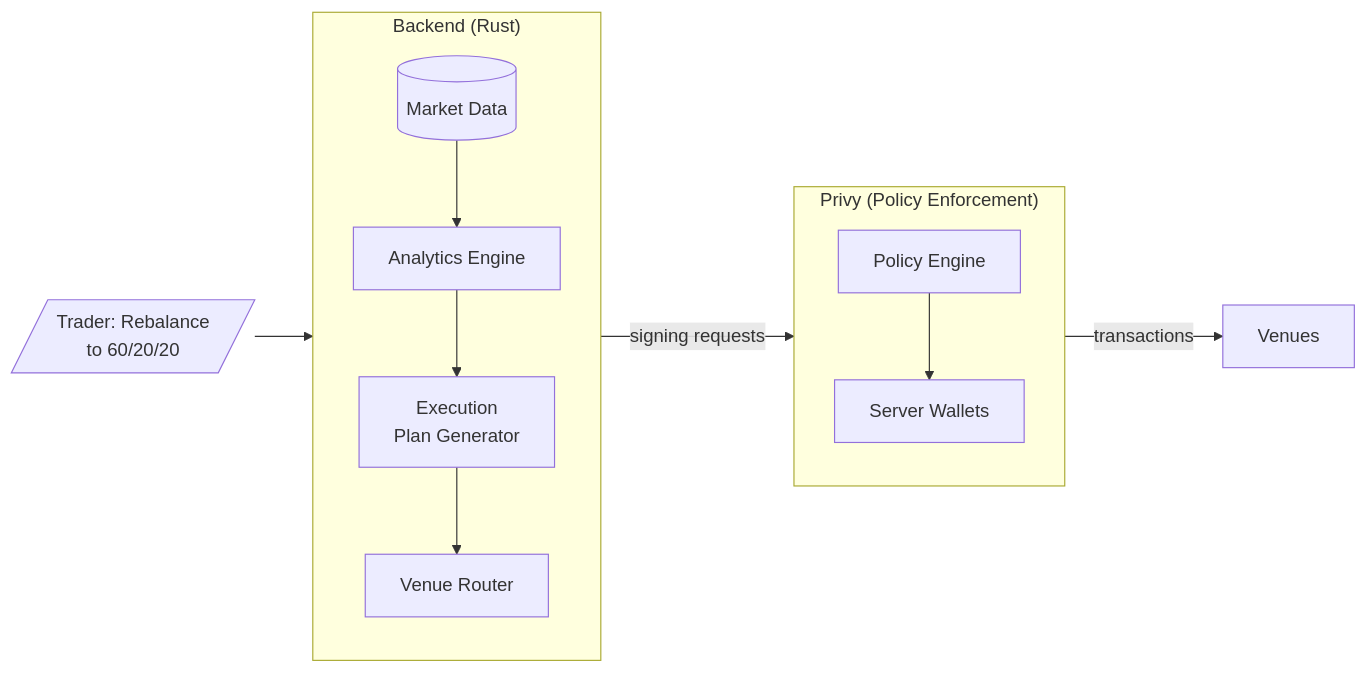
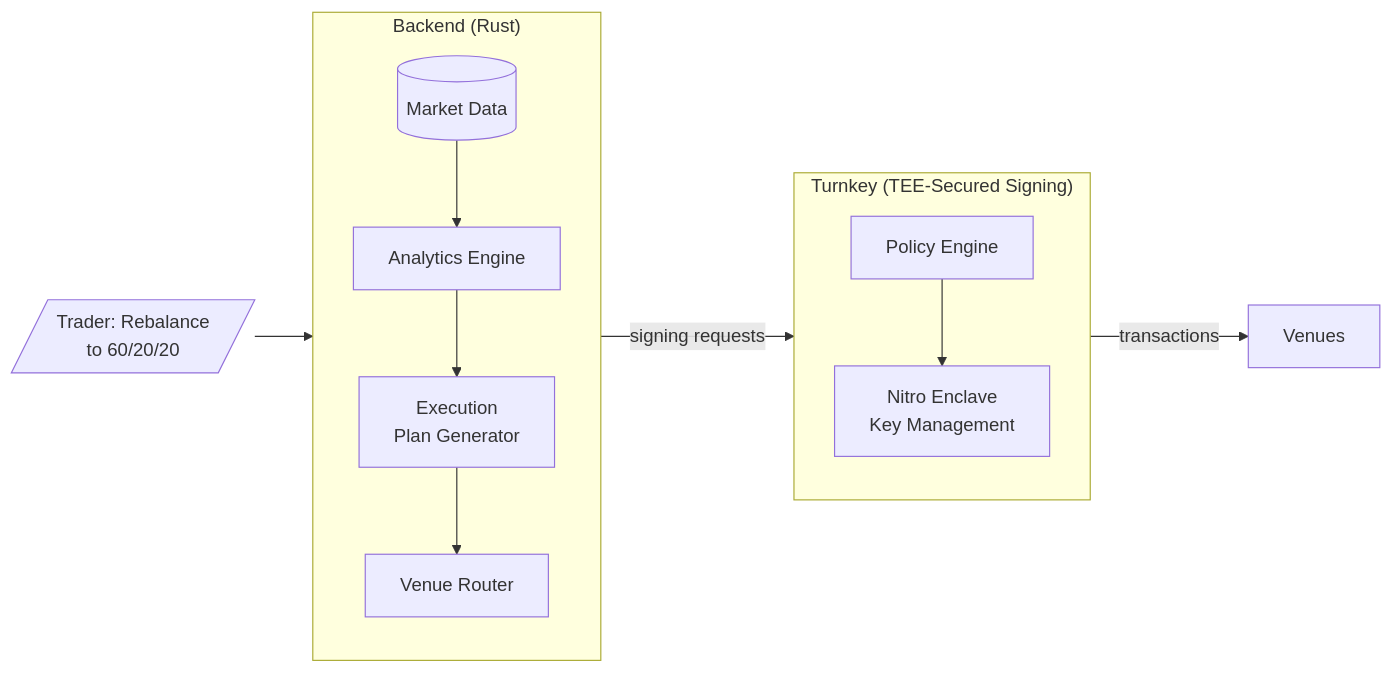
Before and after one commit to dataclique/moneymentum: the first of 2 diagrams in SPEC.md, drawn with Mermaid. The commit also changed other lines of this file, not shown here.

Commit message:
replace Privy with Turnkey for TEE-secured signing

````diff
--- a/SPEC.md
+++ b/SPEC.md
@@ -78,26 +78,26 @@
 ```mermaid
 flowchart LR
     T[/"Trader: Rebalance<br/>to 60/20/20"/]
 
     subgraph Backend["Backend (Rust)"]
         direction TB
         DATA[(Market Data)]
         ANAL[Analytics Engine]
         PLAN[Execution<br/>Plan Generator]
         ROUTE[Venue Router]
         DATA --> ANAL --> PLAN --> ROUTE
     end
 
-    subgraph Privy["Privy (Policy Enforcement)"]
+    subgraph Turnkey["Turnkey (TEE-Secured Signing)"]
         direction TB
         POL[Policy Engine]
-        WALLET[Server Wallets]
-        POL --> WALLET
+        ENCLAVE[Nitro Enclave<br/>Key Management]
+        POL --> ENCLAVE
     end
 
     V[Venues]
 
     T --> PLAN
     ROUTE -->|signing requests| POL
-    WALLET -->|transactions| V
+    ENCLAVE -->|transactions| V
 ```
````
